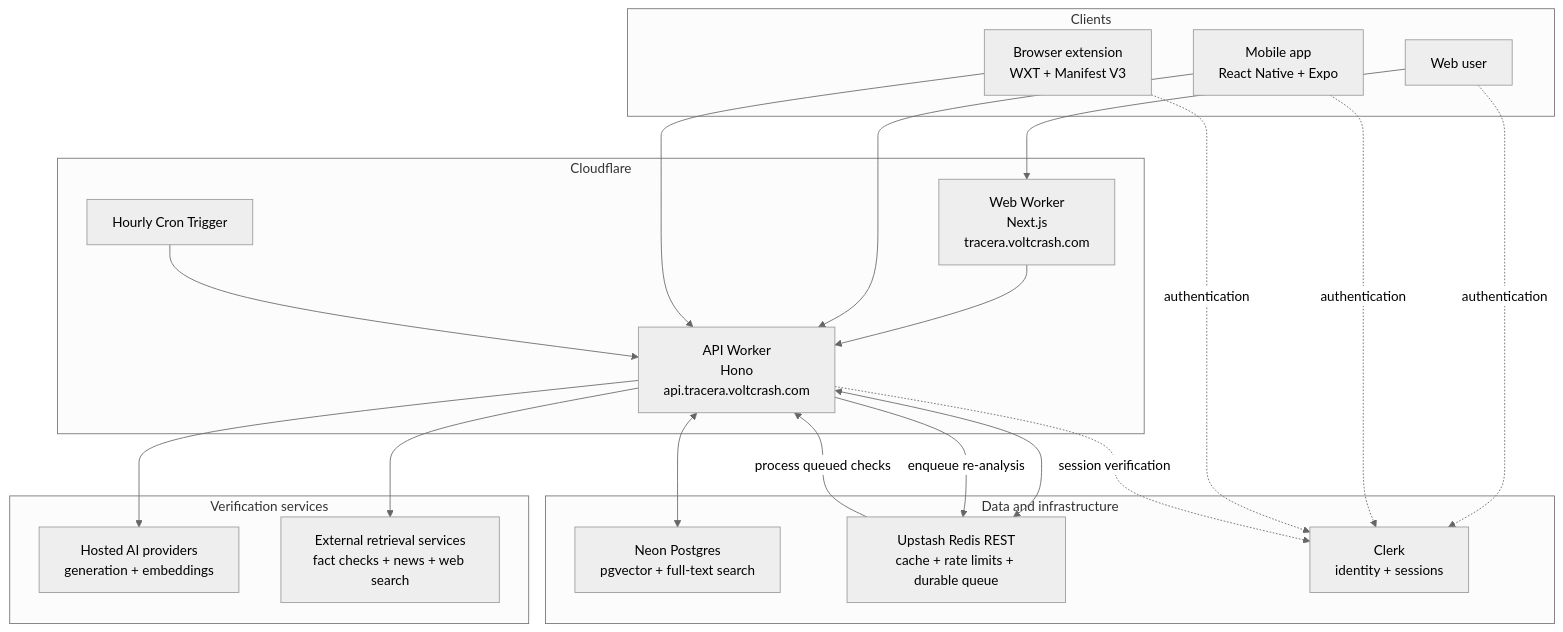
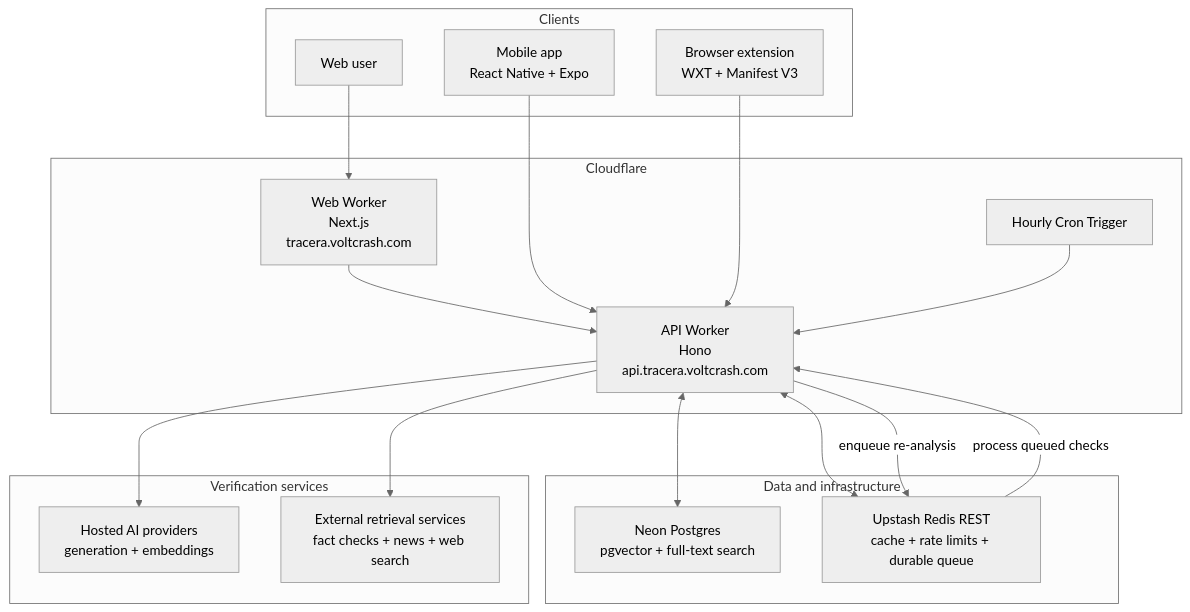
The diagram in README.md (voltcrash/tracera), drawn with Mermaid (neutral theme) before and after one commit. The commit also changed other lines of this file and 27 other files, not shown here.

````diff
--- a/README.md
+++ b/README.md
@@ -40,44 +40,38 @@
 ```mermaid
 flowchart TB
     subgraph Clients
         User["Web user"]
         Mobile["Mobile app<br/>React Native + Expo"]
         Extension["Browser extension<br/>WXT + Manifest V3"]
     end
 
     subgraph Cloudflare["Cloudflare"]
         Web["Web Worker<br/>Next.js<br/>tracera.voltcrash.com"]
         API["API Worker<br/>Hono<br/>api.tracera.voltcrash.com"]
         Cron["Hourly Cron Trigger"]
     end
 
     subgraph Data["Data and infrastructure"]
         Neon["Neon Postgres<br/>pgvector + full-text search"]
         Upstash["Upstash Redis REST<br/>cache + rate limits + durable queue"]
-        Clerk["Clerk<br/>identity + sessions"]
     end
 
     subgraph Intelligence["Verification services"]
         AI["Hosted AI providers<br/>generation + embeddings"]
         Retrieval["External retrieval services<br/>fact checks + news + web search"]
     end
 
     User --> Web
     Web --> API
     Mobile --> API
     Extension --> API
 
-    User -. authentication .-> Clerk
-    Mobile -. authentication .-> Clerk
-    Extension -. authentication .-> Clerk
-    API -. session verification .-> Clerk
-
     API <--> Neon
     API <--> Upstash
     API --> AI
     API --> Retrieval
 
     Cron --> API
     API -->|enqueue re-analysis| Upstash
     Upstash -->|process queued checks| API
 ```
````
